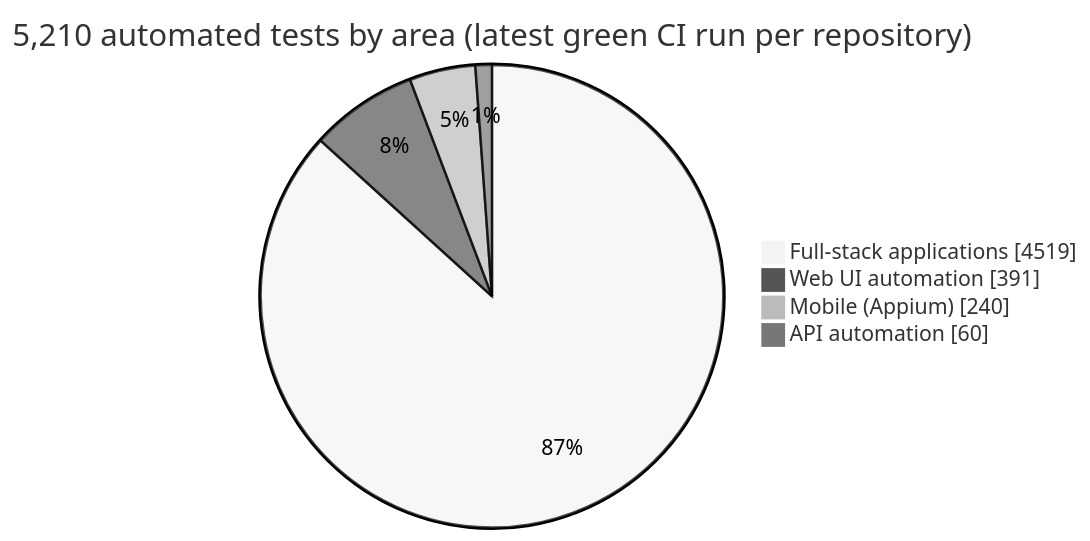
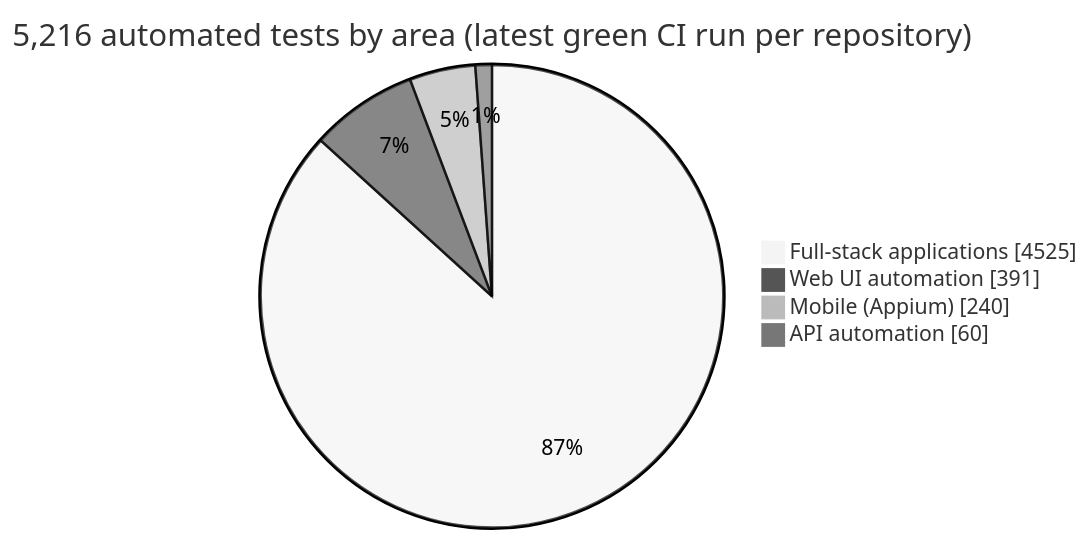
Before and after one commit to rbchy/ranajitchowdhury: the third of 14 diagrams in README.md, drawn with Mermaid (neutral theme). The commit also changed other lines of this file and 3 other files, not shown here.

````diff
--- a/README.md
+++ b/README.md
@@ -89,8 +89,8 @@
 ```mermaid
 pie showData
-    title 5,210 automated tests by area (latest green CI run per repository)
-    "Full-stack applications" : 4519
+    title 5,216 automated tests by area (latest green CI run per repository)
+    "Full-stack applications" : 4525
     "Web UI automation" : 391
     "Mobile (Appium)" : 240
     "API automation" : 60
 ```
````
